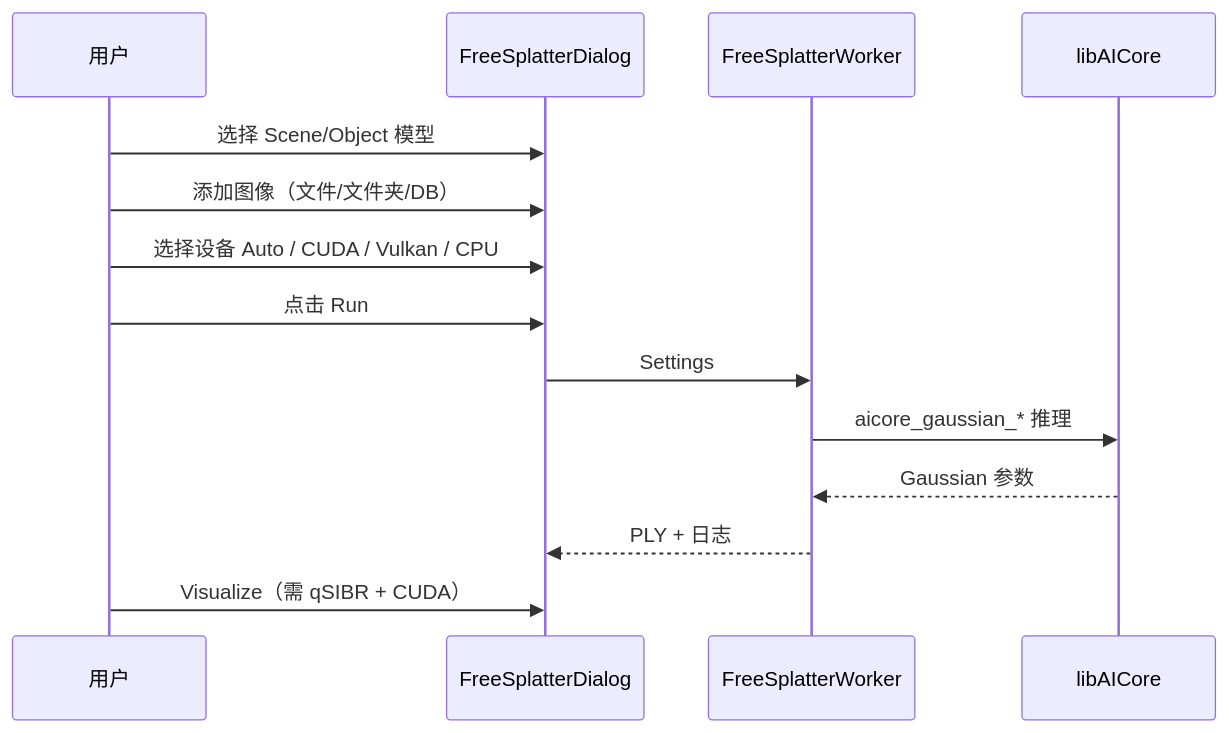
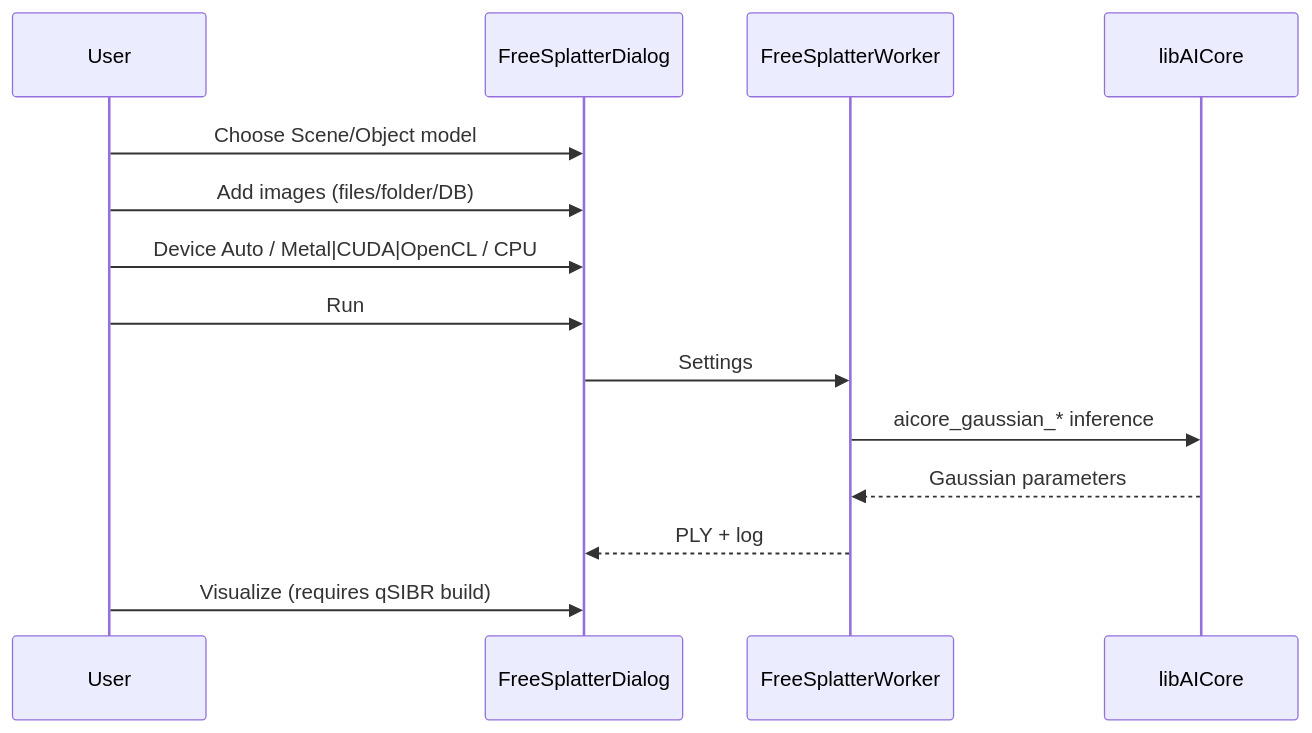
The second of 2 diagrams in plugins/core/Standard/qFreeSplatter/README.md (Asher-1/ACloudViewer), drawn with Mermaid before and after one commit. The commit also changed other lines of this file and 74 other files, not shown here.

````diff
--- a/plugins/core/Standard/qFreeSplatter/README.md
+++ b/plugins/core/Standard/qFreeSplatter/README.md
@@ -31,17 +33,17 @@
 ```mermaid
 sequenceDiagram
-    participant U as 用户
+    participant U as User
     participant D as FreeSplatterDialog
     participant W as FreeSplatterWorker
     participant A as libAICore
 
-    U->>D: 选择 Scene/Object 模型
-    U->>D: 添加图像（文件/文件夹/DB）
-    U->>D: 选择设备 Auto / CUDA / Vulkan / CPU
-    U->>D: 点击 Run
+    U->>D: Choose Scene/Object model
+    U->>D: Add images (files/folder/DB)
+    U->>D: Device Auto / Metal|CUDA|OpenCL / CPU
+    U->>D: Run
     D->>W: Settings
-    W->>A: aicore_gaussian_* 推理
-    A-->>W: Gaussian 参数
-    W-->>D: PLY + 日志
-    U->>D: Visualize（需 qSIBR + CUDA）
+    W->>A: aicore_gaussian_* inference
+    A-->>W: Gaussian parameters
+    W-->>D: PLY + log
+    U->>D: Visualize (requires qSIBR build)
 ```
````
